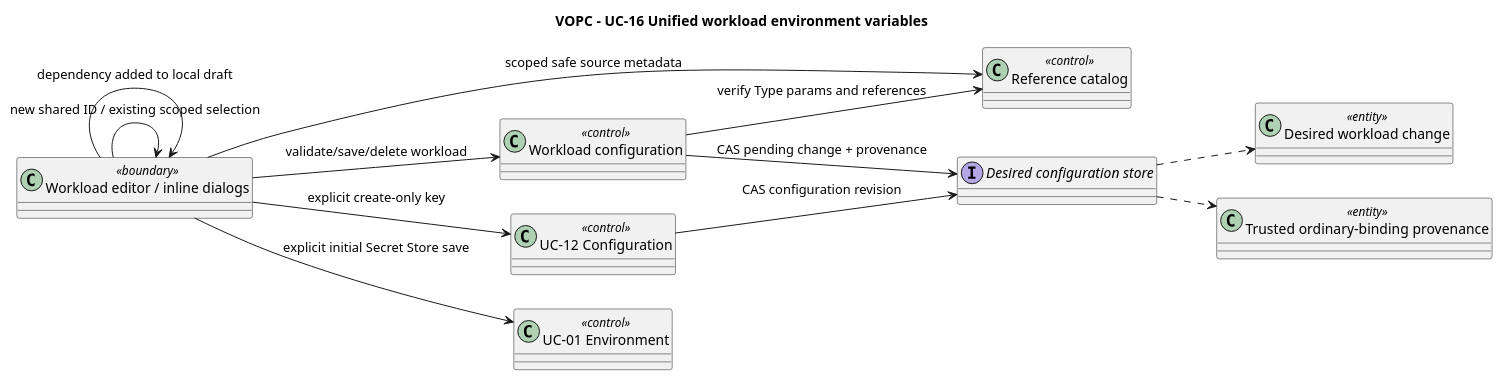
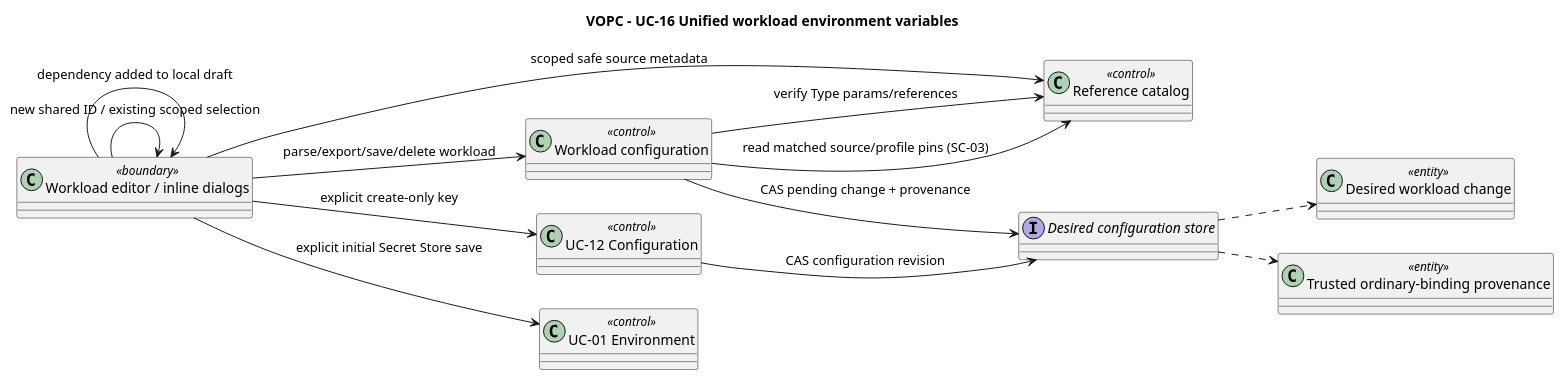
Before and after one commit to pr3s3nt/poc: the diagram in orchestrator_docs/usecase/UC-16/vopc.puml, drawn with PlantUML. The commit also changed 15 other files, not shown here.

```diff
--- a/orchestrator_docs/usecase/UC-16/vopc.puml
+++ b/orchestrator_docs/usecase/UC-16/vopc.puml
@@ -1,24 +1,25 @@
 @startuml
 title VOPC - UC-16 Unified workload environment variables
 left to right direction
 skinparam classAttributeIconSize 0
 class "Workload editor / inline dialogs" as UI <<boundary>>
 class "Workload configuration" as Config <<control>>
 class "Reference catalog" as Catalog <<control>>
 class "UC-12 Configuration" as Keys <<control>>
 class "UC-01 Environment" as Env <<control>>
 class "Desired workload change" as Change <<entity>>
 class "Trusted ordinary-binding provenance" as Provenance <<entity>>
 interface "Desired configuration store" as Store
 UI --> Catalog : scoped safe source metadata
 UI --> Keys : explicit create-only key
 UI --> Env : explicit initial Secret Store save
 UI --> UI : new shared ID / existing scoped selection
 UI --> UI : dependency added to local draft
-UI --> Config : validate/save/delete workload
+UI --> Config : parse/export/save/delete workload
 Keys --> Store : CAS configuration revision
-Config --> Catalog : verify Type params and references
+Config --> Catalog : verify Type params/references
+Config --> Catalog : read matched source/profile pins (SC-03)
 Config --> Store : CAS pending change + provenance
 Store ..> Change
 Store ..> Provenance
 @enduml
```
